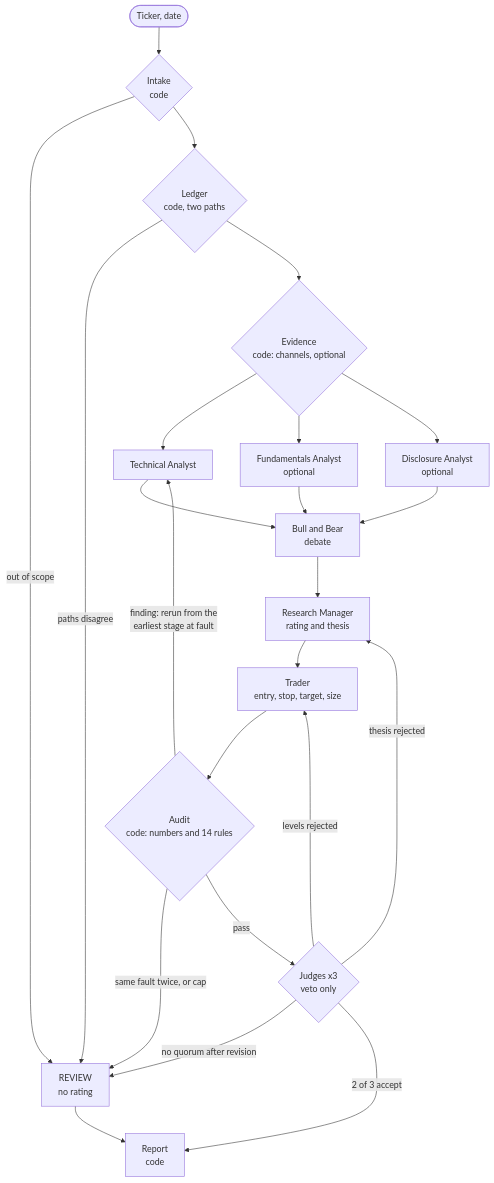
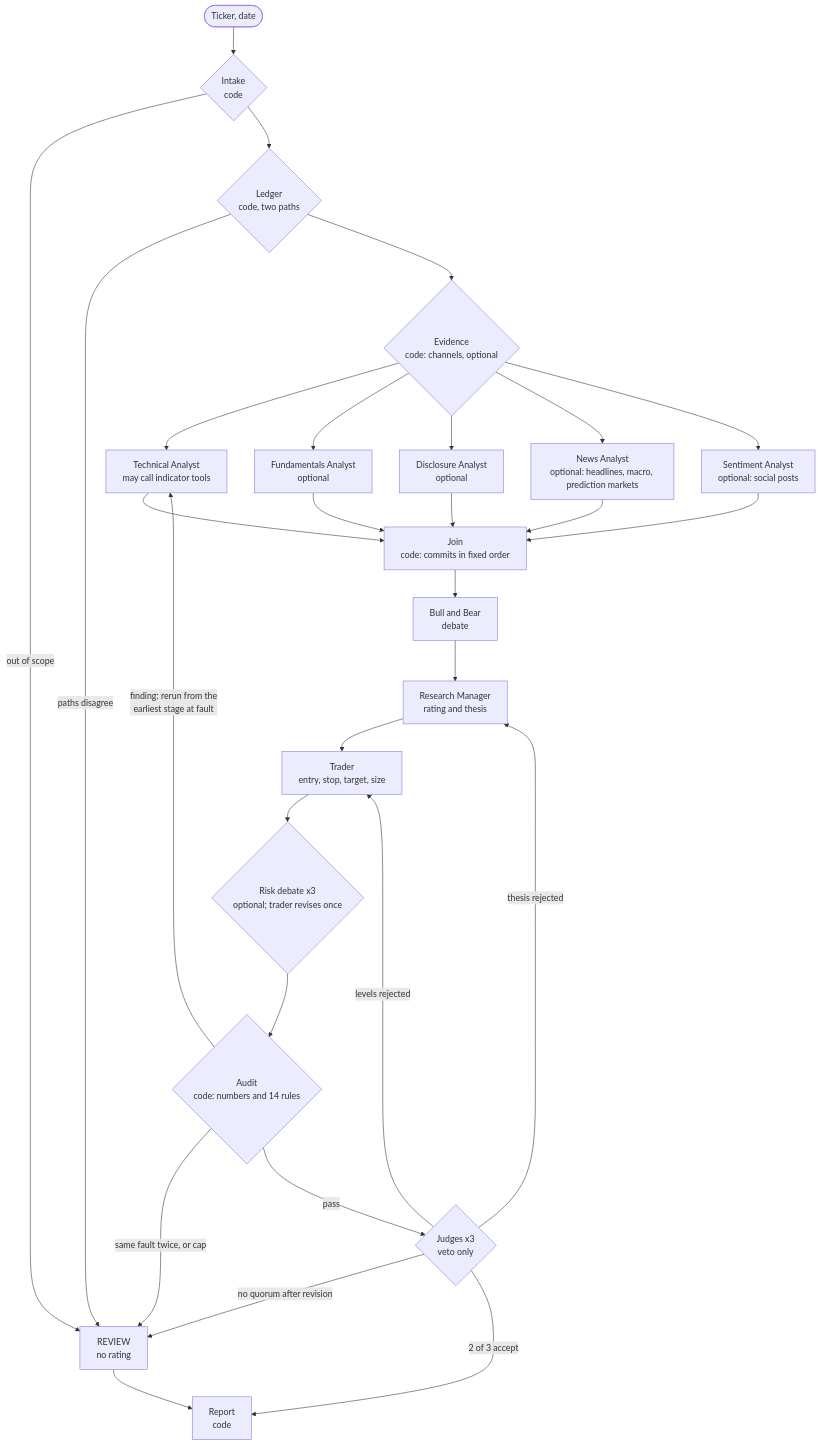
One commit to YinanZhaoXometry/InsightCrew changed the diagram in README.md. Above: the diagram before and after it, drawn with Mermaid. The commit also changed other lines of this file and 6 other files, not shown here.

Commit message:
WP39 (documents part): README/AGENTS/ARCHITECTURE/EVALUATION/ROADMAP rewritten for v2.2; notices file list filled; zip awaits WP38

````diff
--- a/README.md
+++ b/README.md
@@ -45,25 +50,31 @@
 ```mermaid
 flowchart TD
     Q([Ticker, date]) --> I{"Intake<br/>code"}
     I -- out of scope --> D["REVIEW<br/>no rating"]
     I --> L{"Ledger<br/>code, two paths"}
     L -- paths disagree --> D
     L --> E{"Evidence<br/>code: channels, optional"}
-    E --> T["Technical Analyst"]
+    E --> T["Technical Analyst<br/>may call indicator tools"]
     E --> F["Fundamentals Analyst<br/>optional"]
     E --> G["Disclosure Analyst<br/>optional"]
-    T --> B["Bull and Bear<br/>debate"]
-    F --> B
-    G --> B
+    E --> N["News Analyst<br/>optional: headlines, macro, prediction markets"]
+    E --> S["Sentiment Analyst<br/>optional: social posts"]
+    T --> J["Join<br/>code: commits in fixed order"]
+    F --> J
+    G --> J
+    N --> J
+    S --> J
+    J --> B["Bull and Bear<br/>debate"]
     B --> M["Research Manager<br/>rating and thesis"]
     M --> TR["Trader<br/>entry, stop, target, size"]
-    TR --> A{"Audit<br/>code: numbers and 14 rules"}
+    TR --> R{"Risk debate x3<br/>optional; trader revises once"}
+    R --> A{"Audit<br/>code: numbers and 14 rules"}
     A -- "finding: rerun from the<br/>earliest stage at fault" --> T
     A -- "same fault twice, or cap" --> D
-    A -- pass --> J{"Judges x3<br/>veto only"}
-    J -- "thesis rejected" --> M
-    J -- "levels rejected" --> TR
-    J -- "no quorum after revision" --> D
-    J -- "2 of 3 accept" --> R["Report<br/>code"]
-    D --> R
+    A -- pass --> JJ{"Judges x3<br/>veto only"}
+    JJ -- "thesis rejected" --> M
+    JJ -- "levels rejected" --> TR
+    JJ -- "no quorum after revision" --> D
+    JJ -- "2 of 3 accept" --> RT["Report<br/>code"]
+    D --> RT
 ```
````
